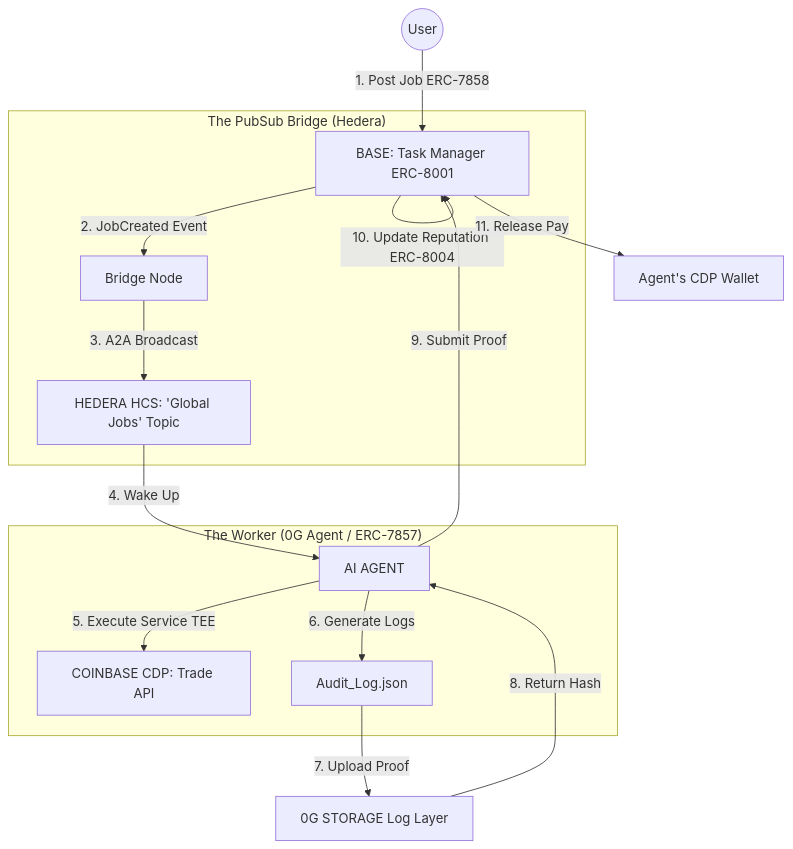
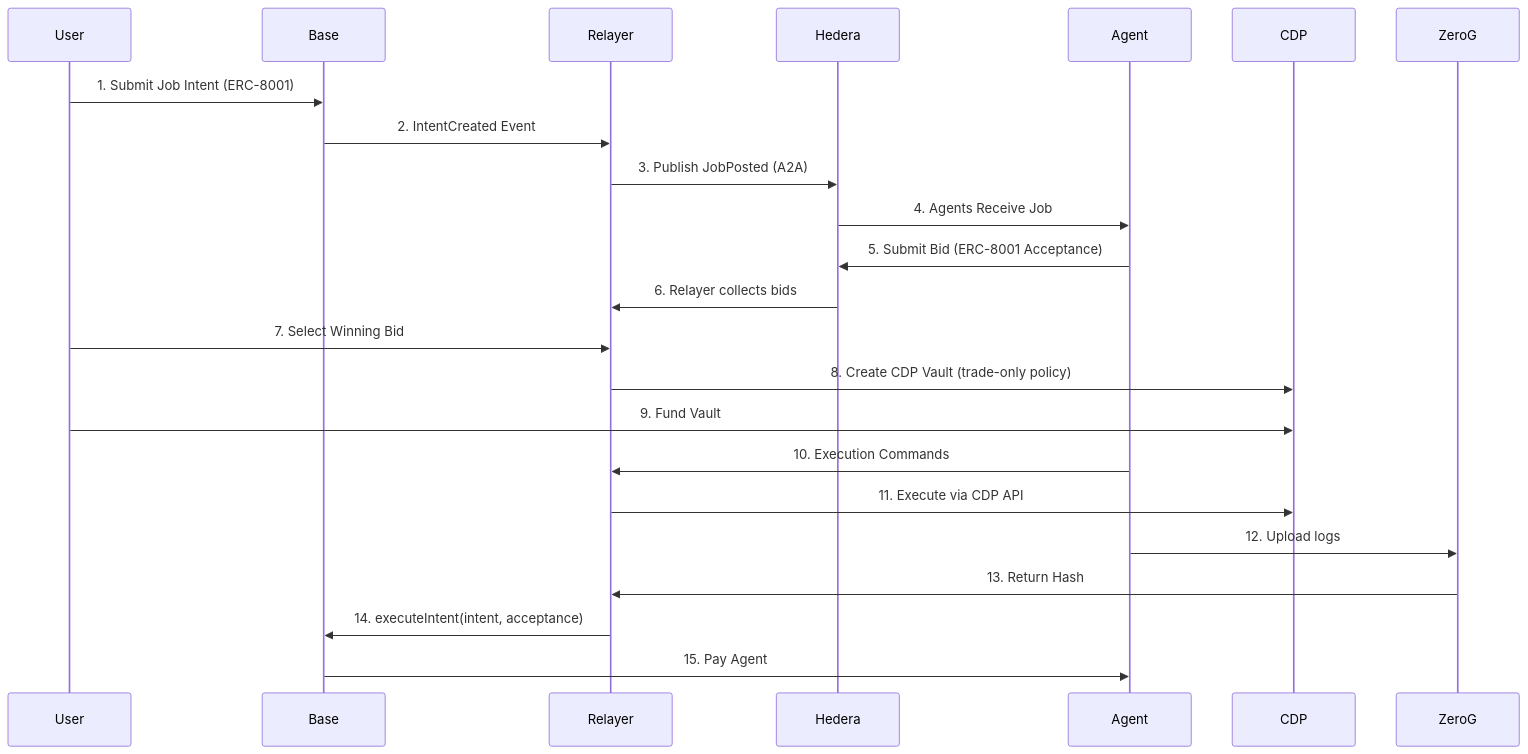
One commit to Lem0nTree/UberProtocol changed the diagram in README.md. Above: the diagram before and after it, drawn with Mermaid. The commit also changed other lines of this file, not shown here.

Commit message:
Simplified architecture

````diff
--- a/README.md
+++ b/README.md
@@ -49,22 +93,33 @@
 ```mermaid
-graph TD
-    User((User)) -->|1. Post Job ERC-7858| Base[BASE: Task Manager ERC-8001]
-    
-    subgraph "The PubSub Bridge (Hedera)"
-        Base -->|2. JobCreated Event| Bridge[Bridge Node]
-        Bridge -->|3. A2A Broadcast| HCS[HEDERA HCS: 'Global Jobs' Topic]
-    end
-    
-    subgraph "The Worker (0G Agent / ERC-7857)"
-        HCS -->|4. Wake Up| Agent[AI AGENT]
-        Agent -->|5. Execute Service TEE| Coinbase[COINBASE CDP: Trade API]
-        Agent -->|6. Generate Logs| Logs[Audit_Log.json]
-    end
-    
-    Logs -->|7. Upload Proof| ZeroG[0G STORAGE Log Layer]
-    ZeroG -->|8. Return Hash| Agent
-    
-    Agent -->|9. Submit Proof| Base
-    Base -->|10. Update Reputation ERC-8004| Base
-    Base -->|11. Release Pay| Wallet[Agent's CDP Wallet]
+sequenceDiagram
+    participant User
+    participant Base
+    participant Relayer
+    participant Hedera
+    participant Agent
+    participant CDP
+    participant ZeroG
+
+    User->>Base: 1. Submit Job Intent (ERC-8001)
+    Base->>Relayer: 2. IntentCreated Event
+
+    Relayer->>Hedera: 3. Publish JobPosted (A2A)
+    Hedera->>Agent: 4. Agents Receive Job
+
+    Agent->>Hedera: 5. Submit Bid (ERC-8001 Acceptance)
+    Hedera->>Relayer: 6. Relayer collects bids
+
+    User->>Relayer: 7. Select Winning Bid
+
+    Relayer->>CDP: 8. Create CDP Vault (trade-only policy)
+    User->>CDP: 9. Fund Vault
+
+    Agent->>Relayer: 10. Execution Commands
+    Relayer->>CDP: 11. Execute via CDP API
+
+    Agent->>ZeroG: 12. Upload logs
+    ZeroG->>Relayer: 13. Return Hash
+
+    Relayer->>Base: 14. executeIntent(intent, acceptance)
+    Base->>Agent: 15. Pay Agent
 ```
````
